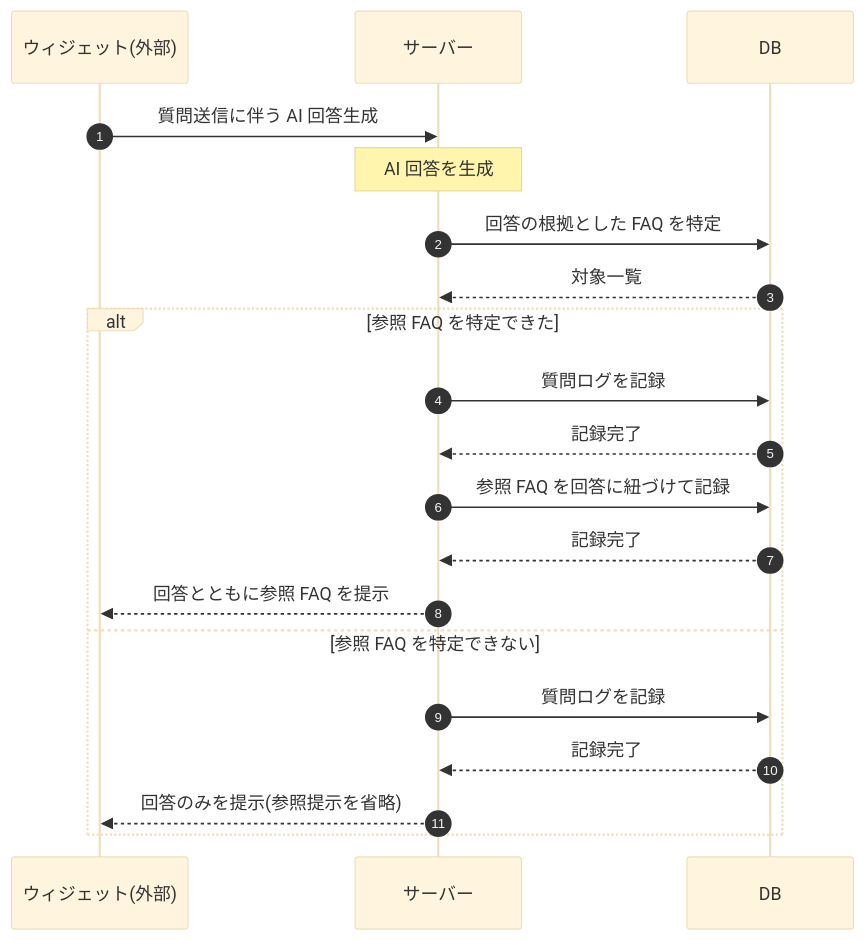
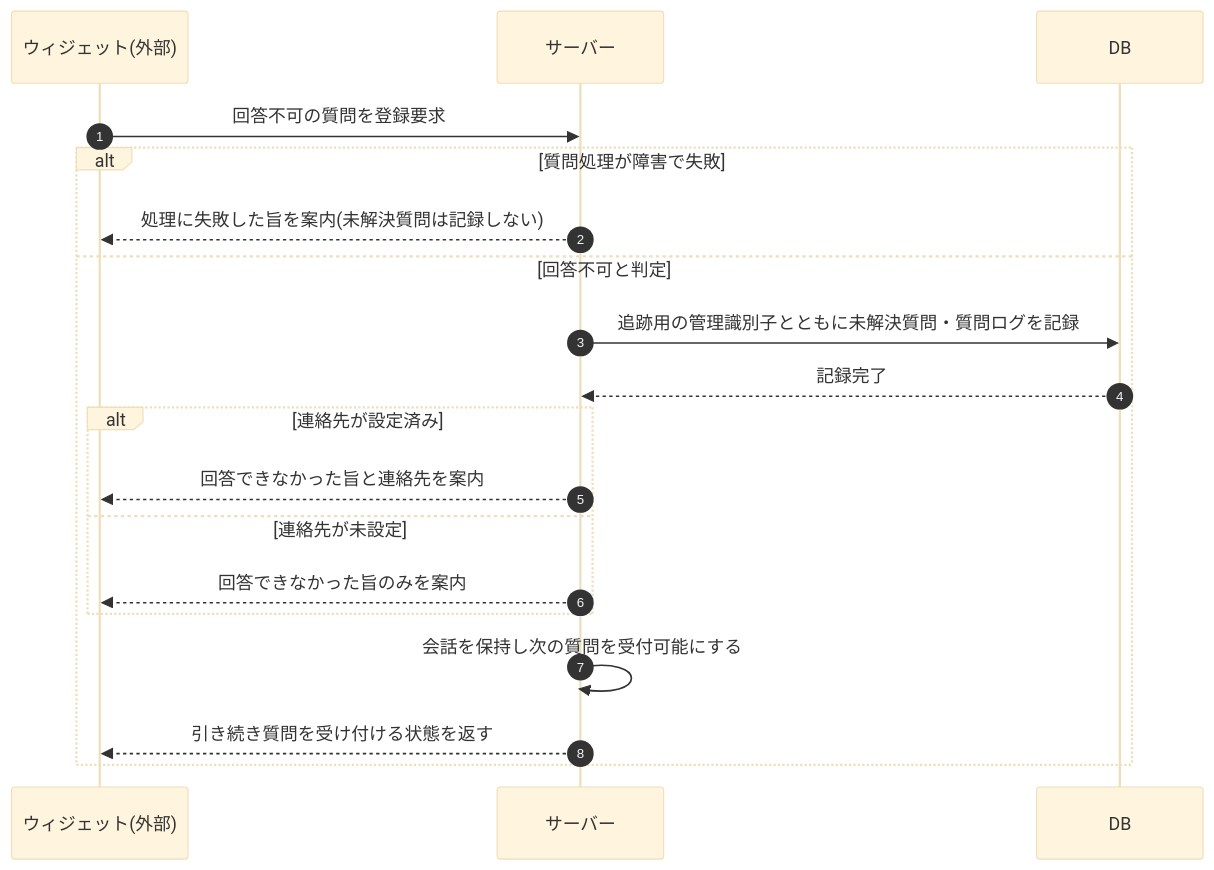
Before and after one commit to sikakou54/open-faq: the diagram in 02_basic_design/03_sequences/SEQ-106.md, drawn with Mermaid (base theme). The commit also changed other lines of this file and 99 other files, not shown here.

````diff
--- a/02_basic_design/03_sequences/SEQ-106.md
+++ b/02_basic_design/03_sequences/SEQ-106.md
@@ -25,22 +25,21 @@
 ```mermaid
 sequenceDiagram
   autonumber
   participant W as ウィジェット(外部)
   participant Server as サーバー
   participant DB as DB
-  W->>Server: 質問送信に伴う AI 回答生成
-  Note over Server: AI 回答を生成
-  Server->>DB: 回答の根拠とした FAQ を特定
-  DB-->>Server: 対象一覧
-  alt 参照 FAQ を特定できた
-    Server->>DB: 質問ログを記録
+  W->>Server: 回答不可の質問を登録要求
+  alt 質問処理が障害で失敗
+    Server-->>W: 処理に失敗した旨を案内(未解決質問は記録しない)
+  else 回答不可と判定
+    Server->>DB: 追跡用の管理識別子とともに未解決質問・質問ログを記録
     DB-->>Server: 記録完了
-    Server->>DB: 参照 FAQ を回答に紐づけて記録
-    DB-->>Server: 記録完了
-    Server-->>W: 回答とともに参照 FAQ を提示
-  else 参照 FAQ を特定できない
-    Server->>DB: 質問ログを記録
-    DB-->>Server: 記録完了
-    Server-->>W: 回答のみを提示(参照提示を省略)
+    alt 連絡先が設定済み
+      Server-->>W: 回答できなかった旨と連絡先を案内
+    else 連絡先が未設定
+      Server-->>W: 回答できなかった旨のみを案内
+    end
+    Server->>Server: 会話を保持し次の質問を受付可能にする
+    Server-->>W: 引き続き質問を受け付ける状態を返す
   end
 ```
````
